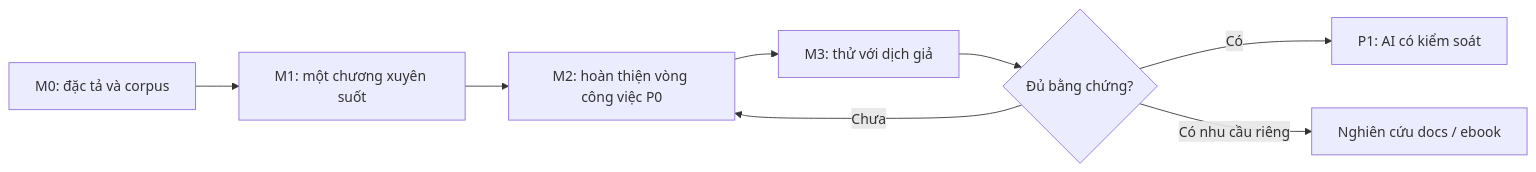
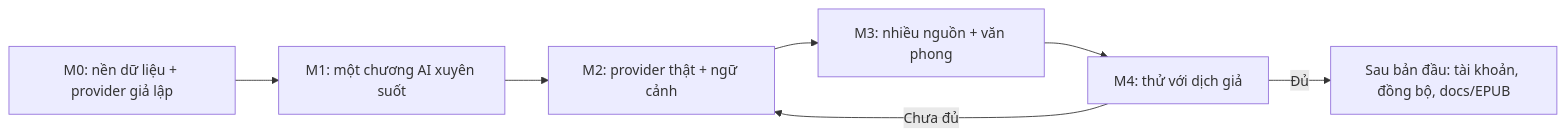
Before and after one commit to minh1904/app-novel: the diagram in docs/handbook/delivery/roadmap.md, drawn with Mermaid. The commit also changed other lines of this file and 7 other files, not shown here.

First line of the commit message:
docs: make AI translation from raw the primary flow

````diff
--- a/docs/handbook/delivery/roadmap.md
+++ b/docs/handbook/delivery/roadmap.md
@@ -7,10 +14,9 @@
 ```mermaid
 flowchart LR
-    A[M0: đặc tả và corpus] --> B[M1: một chương xuyên suốt]
-    B --> C[M2: hoàn thiện vòng công việc P0]
-    C --> D[M3: thử với dịch giả]
-    D --> E{Đủ bằng chứng?}
-    E -->|Chưa| C
-    E -->|Có| F[P1: AI có kiểm soát]
-    E -->|Có nhu cầu riêng| G[Nghiên cứu docs / ebook]
+    A[M0: nền dữ liệu + provider giả lập] --> B[M1: một chương AI xuyên suốt]
+    B --> C[M2: provider thật + ngữ cảnh]
+    C --> D[M3: nhiều nguồn + văn phong]
+    D --> E[M4: thử với dịch giả]
+    E -->|Chưa đủ| C
+    E -->|Đủ| F[Sau bản đầu: tài khoản, đồng bộ, docs/EPUB]
 ```
````
